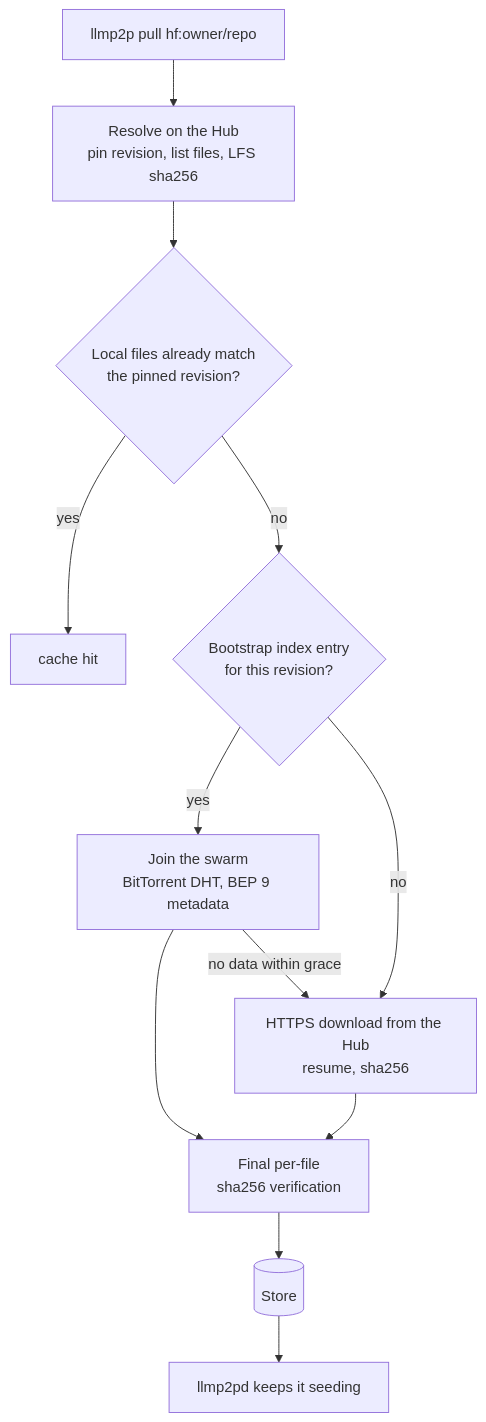
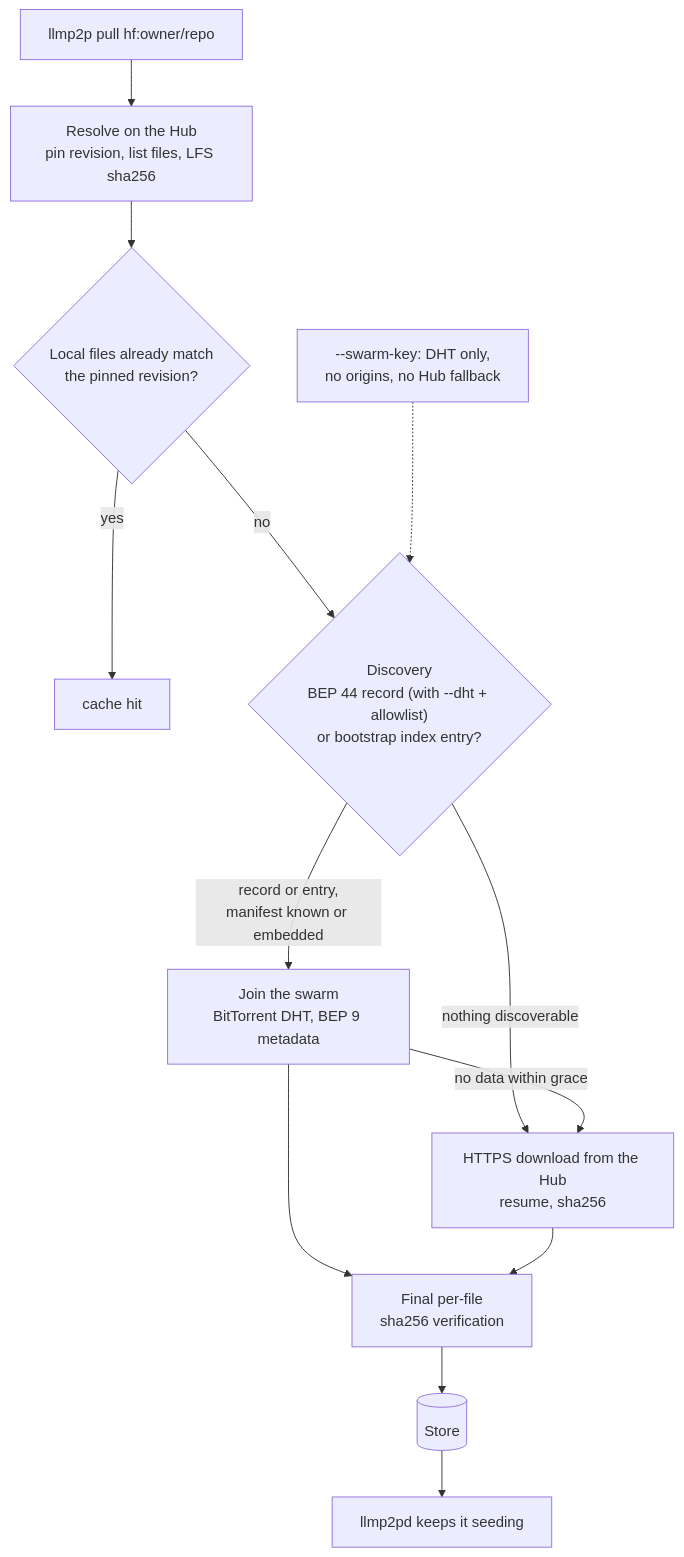
One commit to log0u7/llmp2p changed the diagram in README.md. Above: the diagram before and after it, drawn with Mermaid. The commit also changed other lines of this file, not shown here.

````diff
--- a/README.md
+++ b/README.md
@@ -63,14 +75,16 @@
 ```mermaid
 flowchart TD
     A["llmp2p pull hf:owner/repo"] --> B["Resolve on the Hub<br>pin revision, list files, LFS sha256"]
     B --> C{"Local files already match<br>the pinned revision?"}
     C -->|yes| Z["cache hit"]
-    C -->|no| D{"Bootstrap index entry<br>for this revision?"}
-    D -->|yes| E["Join the swarm<br>BitTorrent DHT, BEP 9 metadata"]
+    C -->|no| D{"Discovery<br>BEP 44 record (with --dht + allowlist)<br>or bootstrap index entry?"}
+    D -->|"record or entry,<br>manifest known or embedded"| E["Join the swarm<br>BitTorrent DHT, BEP 9 metadata"]
+    D -->|"nothing discoverable"| F
     E -->|"no data within grace"| F
-    D -->|no| F["HTTPS download from the Hub<br>resume, sha256"]
+    D2["--swarm-key: DHT only,<br>no origins, no Hub fallback"] -.-> D
+    F["HTTPS download from the Hub<br>resume, sha256"]
     E --> G["Final per-file<br>sha256 verification"]
     F --> G
     G --> H[("Store")]
     H --> I["llmp2pd keeps it seeding"]
 ```
````
